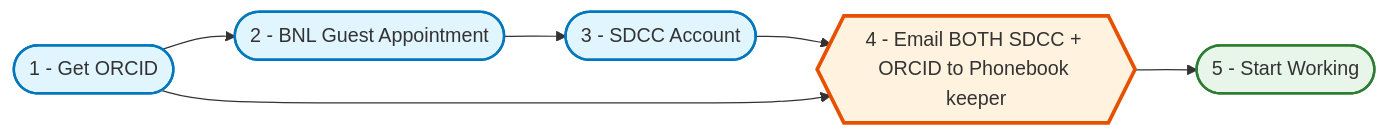
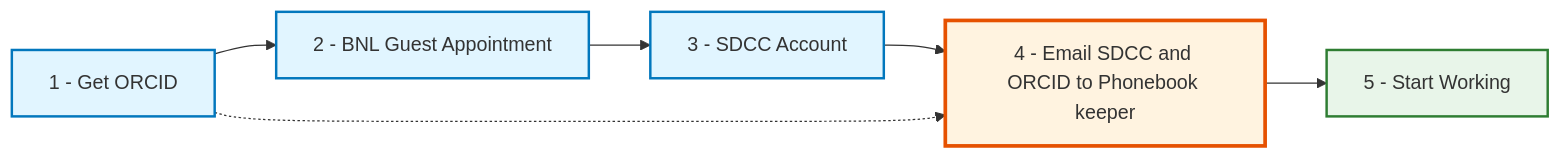
Before and after one commit to star-juniors/star-juniors.github.io: the first of 2 diagrams in docs/get_started.md, drawn with Mermaid. The commit also changed other lines of this file, not shown here.

Commit message:
Update flowchart and steps in get_started.md

````diff
--- a/docs/get_started.md
+++ b/docs/get_started.md
@@ -24,13 +24,13 @@
 ```mermaid
 flowchart LR
-    A(["1 - Get ORCID"]) --> B(["2 - BNL Guest Appointment"])
-    B --> C(["3 - SDCC Account"])
-    C --> D{{"4 - Email BOTH SDCC + ORCID to Phonebook keeper"}}
-    A --> D
-    D --> E(["5 - Start Working"])
+    A[1 - Get ORCID] --> B[2 - BNL Guest Appointment]
+    B --> C[3 - SDCC Account]
+    C --> D[4 - Email SDCC and ORCID to Phonebook keeper]
+    A -.-> D
+    D --> E[5 - Start Working]
     style A fill:#e1f5ff,stroke:#0277bd,stroke-width:2px
     style B fill:#e1f5ff,stroke:#0277bd,stroke-width:2px
     style C fill:#e1f5ff,stroke:#0277bd,stroke-width:2px
     style D fill:#fff3e0,stroke:#e65100,stroke-width:3px
     style E fill:#e8f5e9,stroke:#2e7d32,stroke-width:2px
 ```
````
